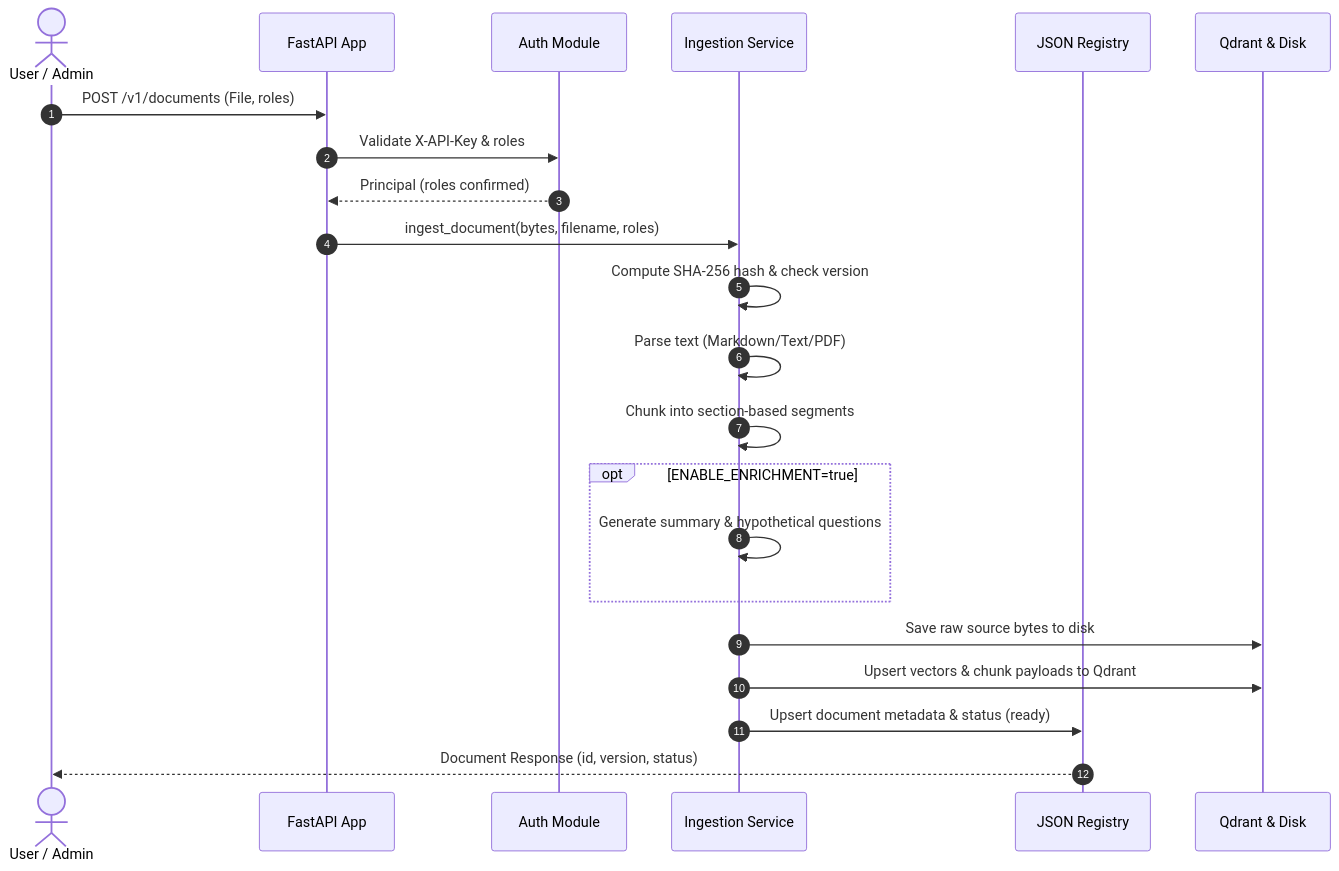
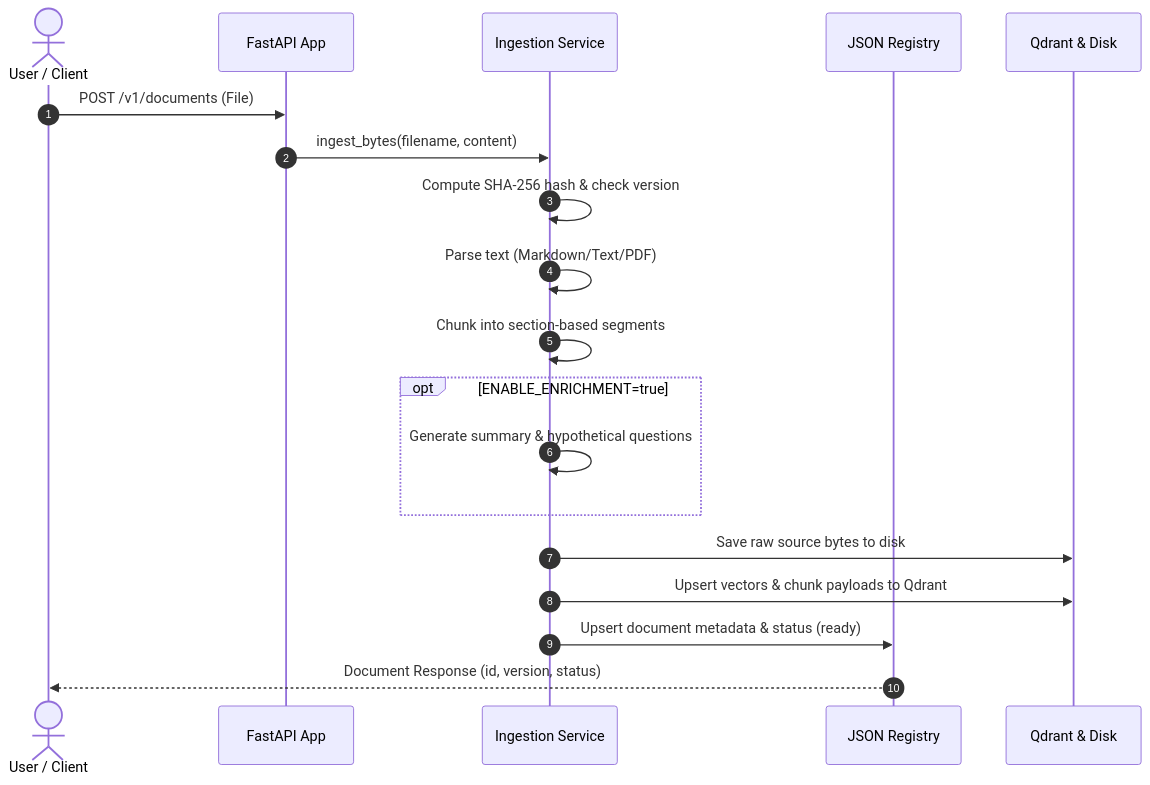
One commit to tunganhnguyen0210/Company-knowledge-RAG changed the second of 3 diagrams in ARCHITECTURE.md. Above: the diagram before and after it, drawn with Mermaid. The commit also changed other lines of this file and 5 other files, not shown here.

Commit message:
docs: update system architecture documentation for single-user open workspace and flat src layout

````diff
--- a/ARCHITECTURE.md
+++ b/ARCHITECTURE.md
@@ -108,25 +103,22 @@
 ```mermaid
 sequenceDiagram
     autonumber
-    actor Admin as User / Admin
+    actor Admin as User / Client
     participant API as FastAPI App
-    participant Auth as Auth Module
     participant Ingest as Ingestion Service
     participant Registry as JSON Registry
     participant Store as Qdrant & Disk
 
-    Admin->>API: POST /v1/documents (File, roles)
-    API->>Auth: Validate X-API-Key & roles
-    Auth-->>API: Principal (roles confirmed)
-    API->>Ingest: ingest_document(bytes, filename, roles)
+    Admin->>API: POST /v1/documents (File)
+    API->>Ingest: ingest_bytes(filename, content)
     Ingest->>Ingest: Compute SHA-256 hash & check version
     Ingest->>Ingest: Parse text (Markdown/Text/PDF)
     Ingest->>Ingest: Chunk into section-based segments
     opt ENABLE_ENRICHMENT=true
         Ingest->>Ingest: Generate summary & hypothetical questions
     end
     Ingest->>Store: Save raw source bytes to disk
     Ingest->>Store: Upsert vectors & chunk payloads to Qdrant
     Ingest->>Registry: Upsert document metadata & status (ready)
     Registry-->>Admin: Document Response (id, version, status)
 ```
````
